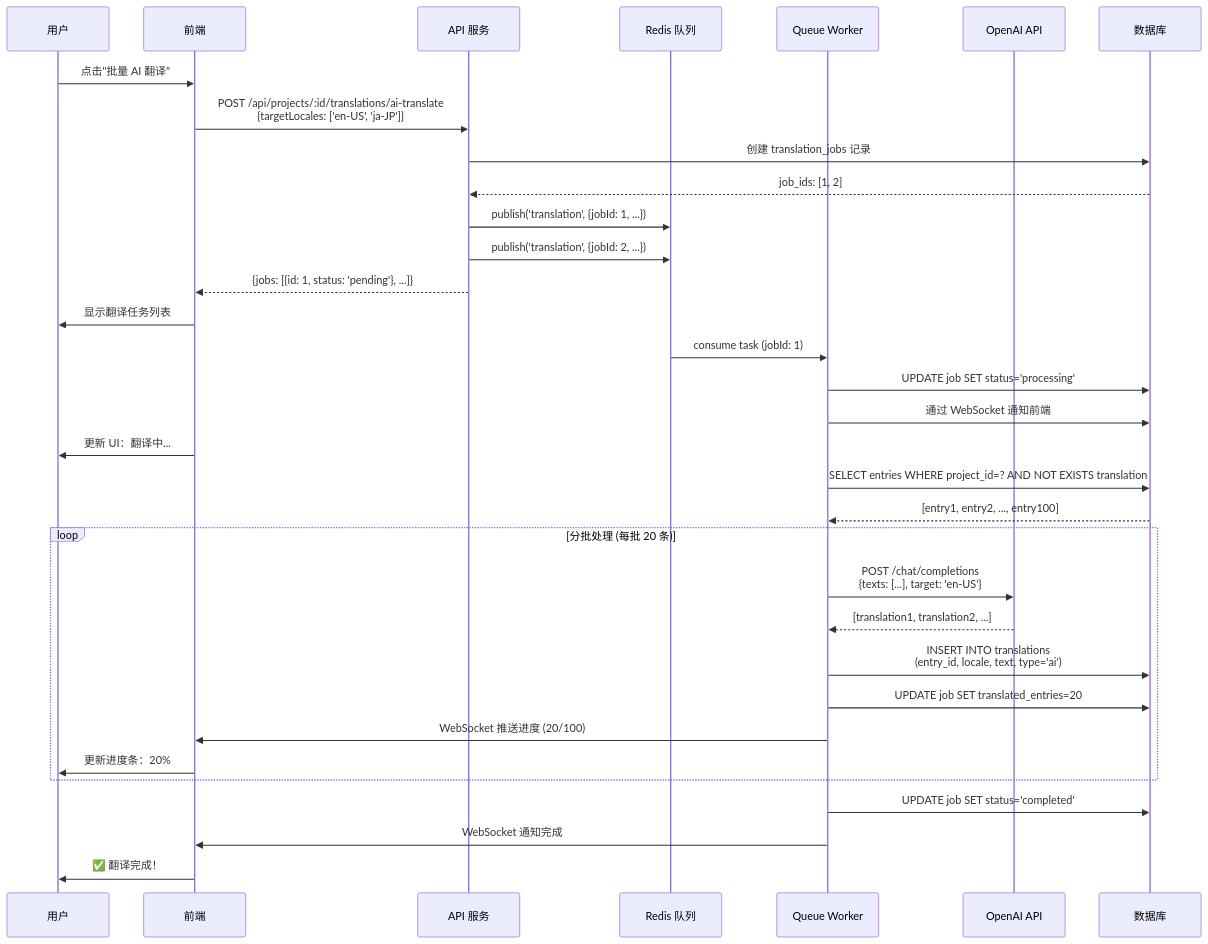
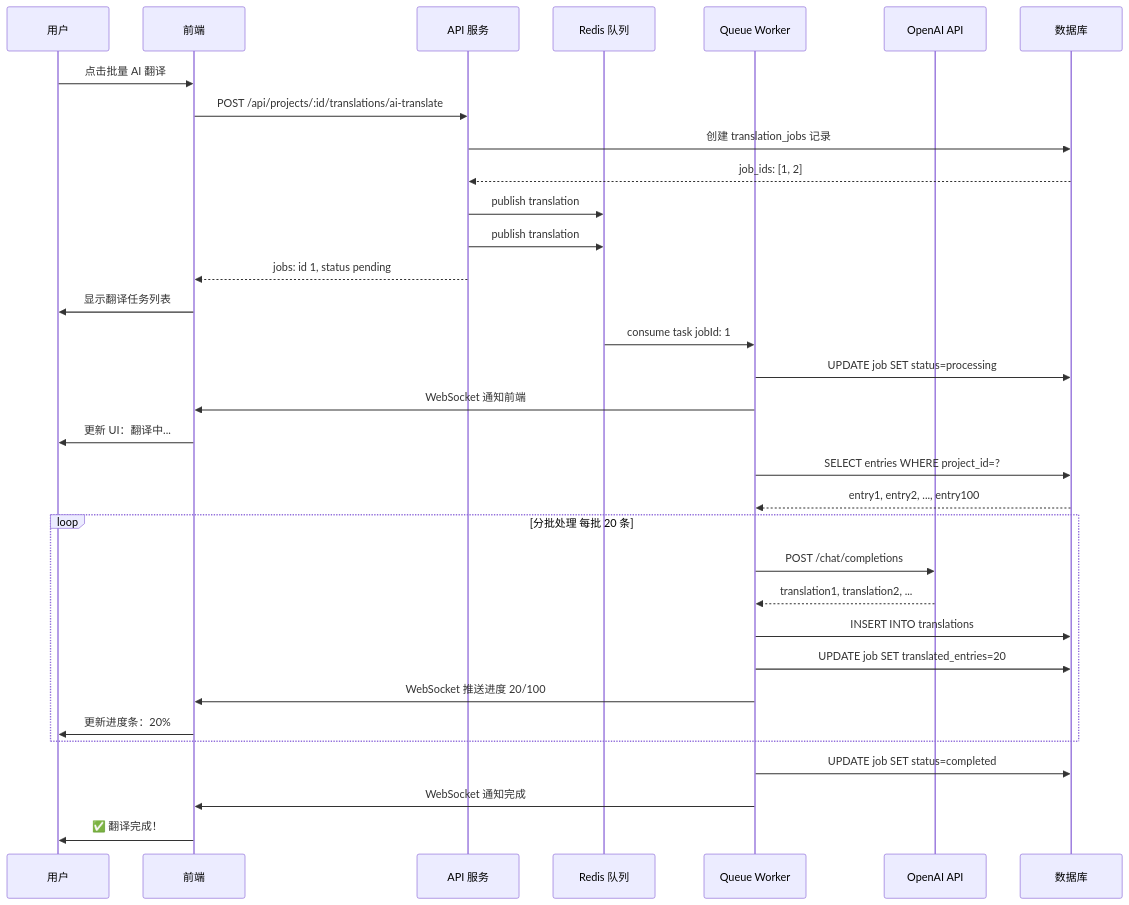
Before and after one commit to zhaotoday/translatex: the eighth of 19 diagrams in workflows-diagrams.md, drawn with Mermaid. The commit also changed other lines of this file and 5 other files, not shown here.

````diff
--- a/workflows-diagrams.md
+++ b/workflows-diagrams.md
@@ -259,45 +243,45 @@
 ```mermaid
 sequenceDiagram
     participant User as 用户
     participant Web as 前端
     participant API as API 服务
     participant Queue as Redis 队列
     participant Worker as Queue Worker
     participant OpenAI as OpenAI API
     participant DB as 数据库
     
-    User->>Web: 点击"批量 AI 翻译"
-    Web->>API: POST /api/projects/:id/translations/ai-translate<br/>{targetLocales: ['en-US', 'ja-JP']}
+    User->>Web: 点击批量 AI 翻译
+    Web->>API: POST /api/projects/:id/translations/ai-translate
     
     API->>DB: 创建 translation_jobs 记录
     DB-->>API: job_ids: [1, 2]
     
-    API->>Queue: publish('translation', {jobId: 1, ...})
-    API->>Queue: publish('translation', {jobId: 2, ...})
+    API->>Queue: publish translation
+    API->>Queue: publish translation
     
-    API-->>Web: {jobs: [{id: 1, status: 'pending'}, ...]}
+    API-->>Web: jobs: id 1, status pending
     Web->>User: 显示翻译任务列表
     
-    Queue->>Worker: consume task (jobId: 1)
-    Worker->>DB: UPDATE job SET status='processing'
-    Worker->>DB: 通过 WebSocket 通知前端
+    Queue->>Worker: consume task jobId: 1
+    Worker->>DB: UPDATE job SET status=processing
+    Worker->>Web: WebSocket 通知前端
     Web->>User: 更新 UI：翻译中...
     
-    Worker->>DB: SELECT entries WHERE project_id=? AND NOT EXISTS translation
-    DB-->>Worker: [entry1, entry2, ..., entry100]
+    Worker->>DB: SELECT entries WHERE project_id=?
+    DB-->>Worker: entry1, entry2, ..., entry100
     
-    loop 分批处理 (每批 20 条)
-        Worker->>OpenAI: POST /chat/completions<br/>{texts: [...], target: 'en-US'}
-        OpenAI-->>Worker: [translation1, translation2, ...]
+    loop 分批处理 每批 20 条
+        Worker->>OpenAI: POST /chat/completions
+        OpenAI-->>Worker: translation1, translation2, ...
         
-        Worker->>DB: INSERT INTO translations<br/>(entry_id, locale, text, type='ai')
+        Worker->>DB: INSERT INTO translations
         
         Worker->>DB: UPDATE job SET translated_entries=20
-        Worker->>Web: WebSocket 推送进度 (20/100)
+        Worker->>Web: WebSocket 推送进度 20/100
         Web->>User: 更新进度条：20%
     end
     
-    Worker->>DB: UPDATE job SET status='completed'
+    Worker->>DB: UPDATE job SET status=completed
     Worker->>Web: WebSocket 通知完成
     Web->>User: ✅ 翻译完成！
 ```
````
